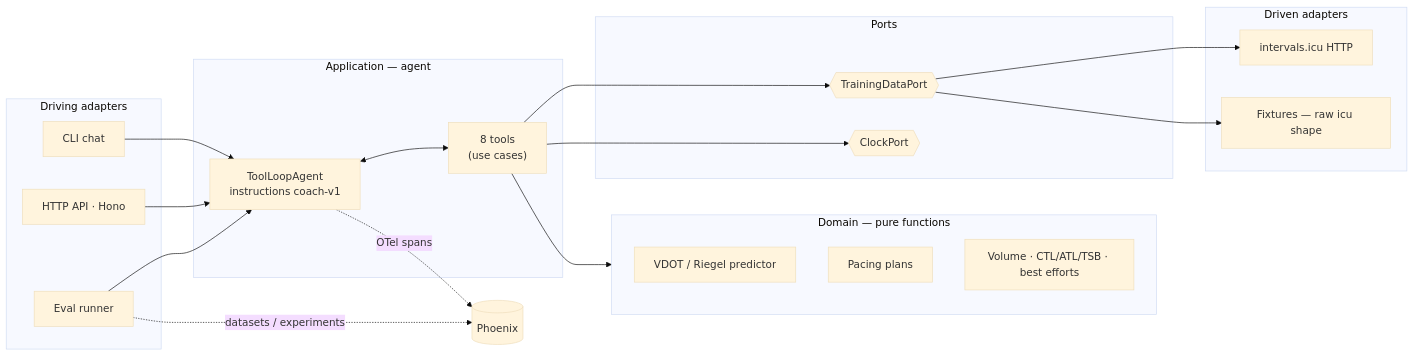
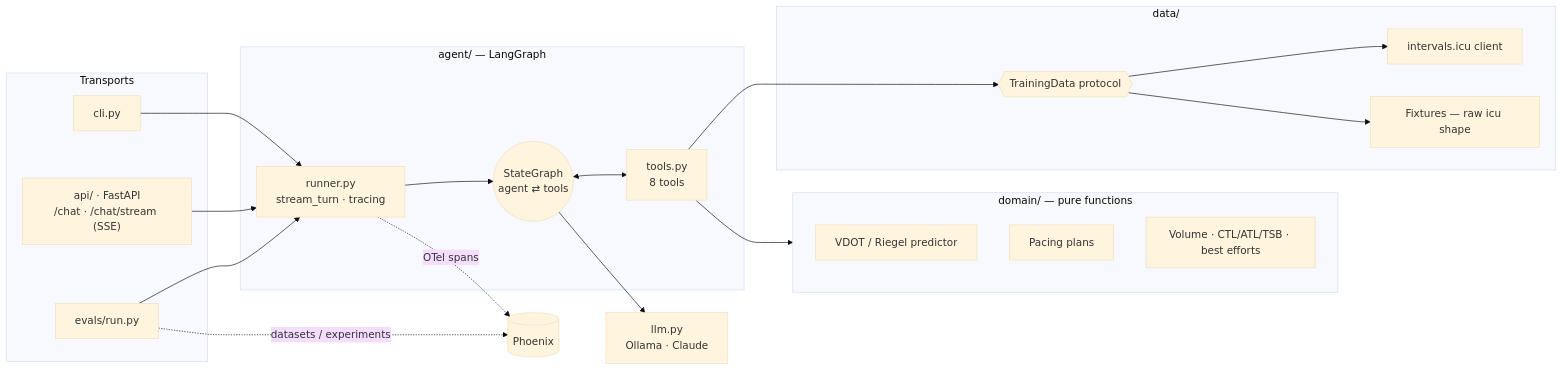
The diagram in README.md (jeremiebardon/running-coach), drawn with Mermaid (base theme) before and after one commit. The commit also changed other lines of this file and 99 other files, not shown here.

````diff
--- a/README.md
+++ b/README.md
@@ -44,41 +77,38 @@
 ```mermaid
 flowchart LR
-  subgraph Inbound["Driving adapters"]
-    CLI[CLI chat]
-    API[HTTP API · Hono]
-    EVAL[Eval runner]
+  subgraph Transports
+    CLI[cli.py]
+    API["api/ · FastAPI<br/>/chat · /chat/stream (SSE)"]
+    EVAL[evals/run.py]
   end
 
-  subgraph App["Application — agent"]
-    AG["ToolLoopAgent<br/>instructions coach-v1"]
-    T["8 tools<br/>(use cases)"]
+  subgraph Agent["agent/ — LangGraph"]
+    RUN["runner.py<br/>stream_turn · tracing"]
+    G(("StateGraph<br/>agent ⇄ tools"))
+    T["tools.py<br/>8 tools"]
   end
 
-  subgraph Domain["Domain — pure functions"]
+  subgraph Domain["domain/ — pure functions"]
     P[VDOT / Riegel predictor]
     PL[Pacing plans]
     TR[Volume · CTL/ATL/TSB · best efforts]
   end
 
-  subgraph Ports
-    TDP{{TrainingDataPort}}
-    CLK{{ClockPort}}
-  end
-
-  subgraph Outbound["Driven adapters"]
-    ICU[intervals.icu HTTP]
+  subgraph Data["data/"]
+    TD{{TrainingData protocol}}
+    ICU[intervals.icu client]
     FIX[Fixtures — raw icu shape]
   end
 
-  CLI --> AG
-  API --> AG
-  EVAL --> AG
-  AG <--> T
+  LLM["llm.py<br/>Ollama · Claude"]
+
+  CLI & API & EVAL --> RUN --> G
+  G <--> T
+  G --> LLM
   T --> Domain
-  T --> TDP
-  T --> CLK
-  TDP --> ICU
-  TDP --> FIX
-  AG -. OTel spans .-> PHX[(Phoenix)]
+  T --> TD
+  TD --> ICU
+  TD --> FIX
+  RUN -. OTel spans .-> PHX[(Phoenix)]
   EVAL -. datasets / experiments .-> PHX
 ```
````
